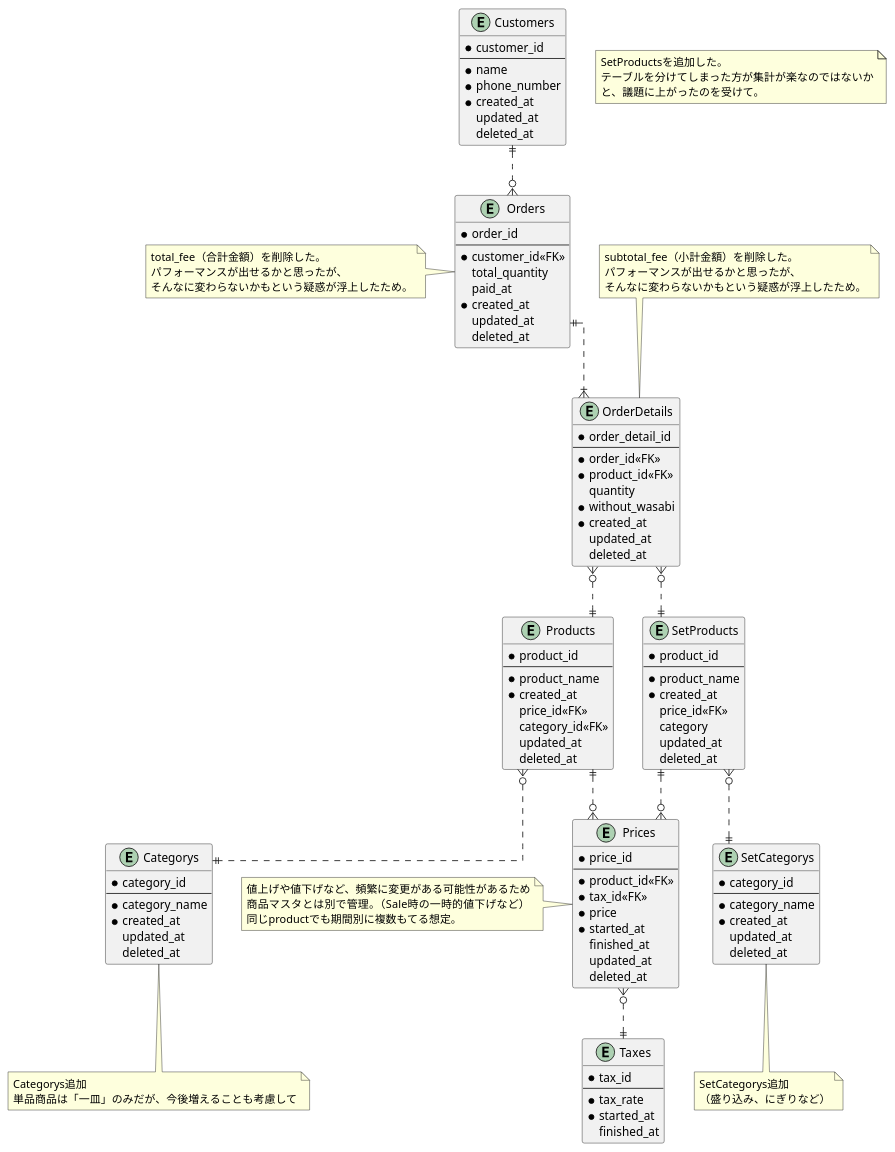
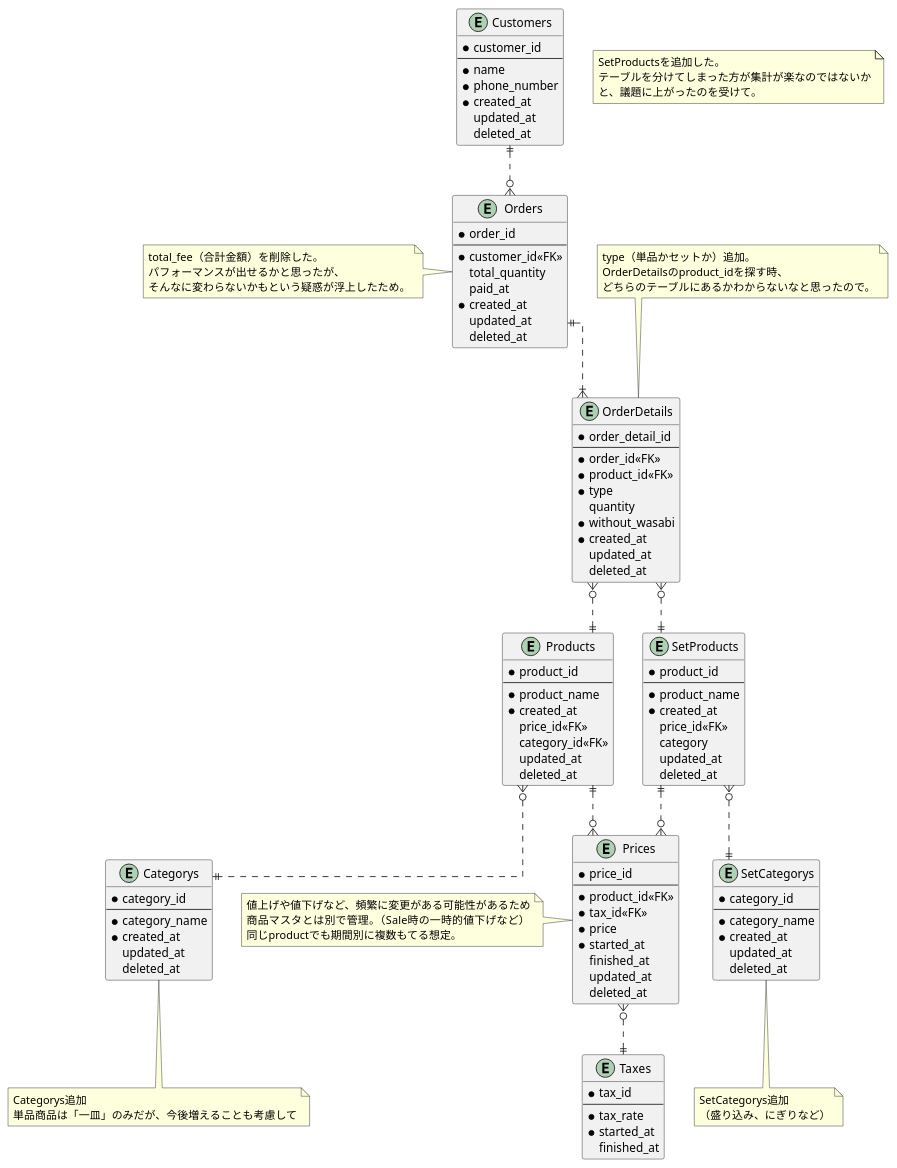
Before and after one commit to moritanuki/praha_challenge: the diagram in 01_データベース設計/01_DBモデリング1/01_課題1/sushi_ordering_schema_01.puml, drawn with PlantUML. The commit also changed 5 other files, not shown here.

```diff
--- a/01_データベース設計/01_DBモデリング1/01_課題1/sushi_ordering_schema_01.puml
+++ b/01_データベース設計/01_DBモデリング1/01_課題1/sushi_ordering_schema_01.puml
@@ -1,153 +1,154 @@
 @startuml sushi_ordering_schema_01
 
 skinparam {
   ' カーディナリティ斜め対策
    linetype ortho
 }
 
 ' 顧客マスタ
 entity "Customers" as Customers {
   * customer_id
   --
   * name
   * phone_number
   * created_at
     updated_at
     deleted_at
 }
 
 ' 単品商品マスタ
 entity "Products" as Products {
   * product_id
   --
   * product_name
   * created_at
     price_id<<FK>>
     category_id<<FK>>
     updated_at
     deleted_at
 }
 
 ' 商品カテゴリマスタ
 entity "Categorys" as Categorys {
   * category_id
   --
   * category_name
   * created_at
     updated_at
     deleted_at
 }
 
 note bottom of Categorys
   Categorys追加
   単品商品は「一皿」のみだが、今後増えることも考慮して
 end note
 
 ' セット商品マスタ
 entity "SetProducts" as SetProducts {
   * product_id
   --
   * product_name
   * created_at
     price_id<<FK>>
     category
     updated_at
     deleted_at
 }
 
 ' セット商品カテゴリマスタ
 entity "SetCategorys" as SetCategorys {
   * category_id
   --
   * category_name
   * created_at
     updated_at
     deleted_at
 }
 
 note bottom of SetCategorys
   SetCategorys追加
   （盛り込み、にぎりなど）
 end note
 
 ' 商品金額テーブル
 entity "Prices" as Prices {
   * price_id
   --
   * product_id<<FK>>
   * tax_id<<FK>>
   * price
   * started_at
     finished_at
     updated_at
     deleted_at
 }
 
 note left of Prices
   値上げや値下げなど、頻繁に変更がある可能性があるため
   商品マスタとは別で管理。（Sale時の一時的値下げなど）
   同じproductでも期間別に複数もてる想定。
 end note
 
 ' 消費税マスタ
 entity "Taxes" as Taxes {
   * tax_id
   --
   * tax_rate
   * started_at
     finished_at
 }
 
 ' 注文テーブル
 entity "Orders" as Orders {
   * order_id
   --
   * customer_id<<FK>>
     total_quantity
     paid_at
   * created_at
     updated_at
     deleted_at
 }
 
 note left of Orders
   total_fee（合計金額）を削除した。
   パフォーマンスが出せるかと思ったが、
   そんなに変わらないかもという疑惑が浮上したため。
 end note
 
 entity "OrderDetails" as OrderDetails {
   * order_detail_id
   --
   * order_id<<FK>>
   * product_id<<FK>>
+  * type
     quantity
   * without_wasabi
   * created_at
     updated_at
     deleted_at
 }
 
 note top of OrderDetails
-  subtotal_fee（小計金額）を削除した。
-  パフォーマンスが出せるかと思ったが、
-  そんなに変わらないかもという疑惑が浮上したため。
+  type（単品かセットか）追加。
+  OrderDetailsのproduct_idを探す時、
+  どちらのテーブルにあるかわからないなと思ったので。
 end note
 
 Customers ||..o{ Orders
 Orders ||..|{ OrderDetails
 OrderDetails }o..|| Products
 OrderDetails }o..|| SetProducts
 Products ||..o{ Prices
 SetProducts ||..o{ Prices
 Products }o..|| Categorys
 SetProducts }o..|| SetCategorys
 Prices }o..|| Taxes
 
 note as note1
   SetProductsを追加した。
   テーブルを分けてしまった方が集計が楽なのではないか
   と、議題に上がったのを受けて。
 end note
 
 @enduml
```
